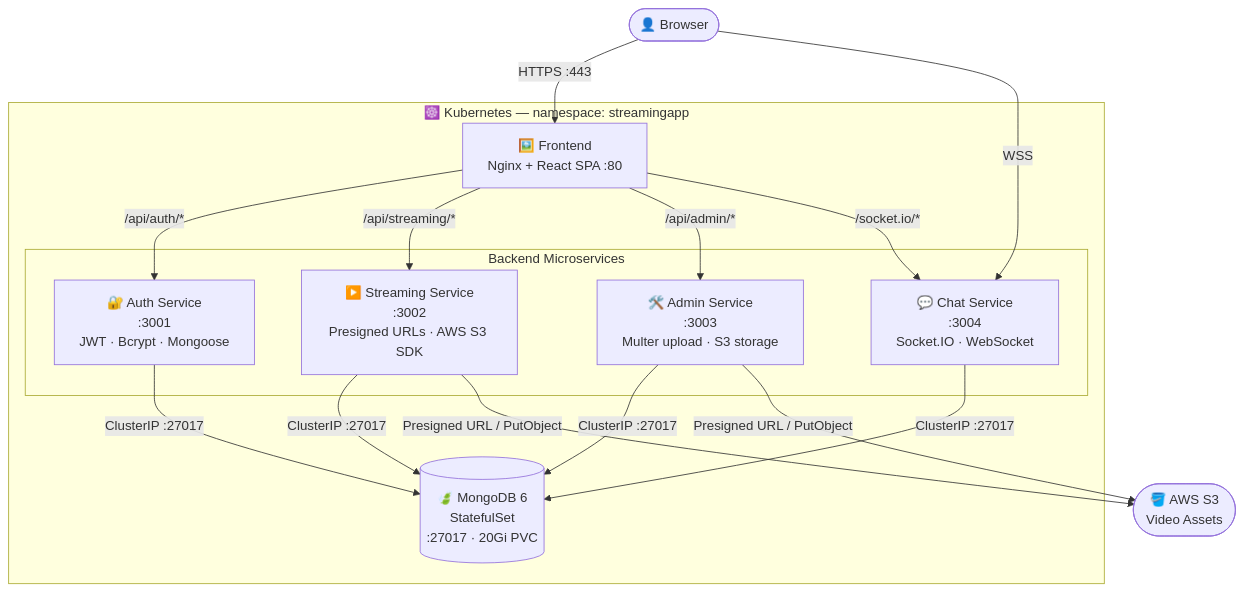
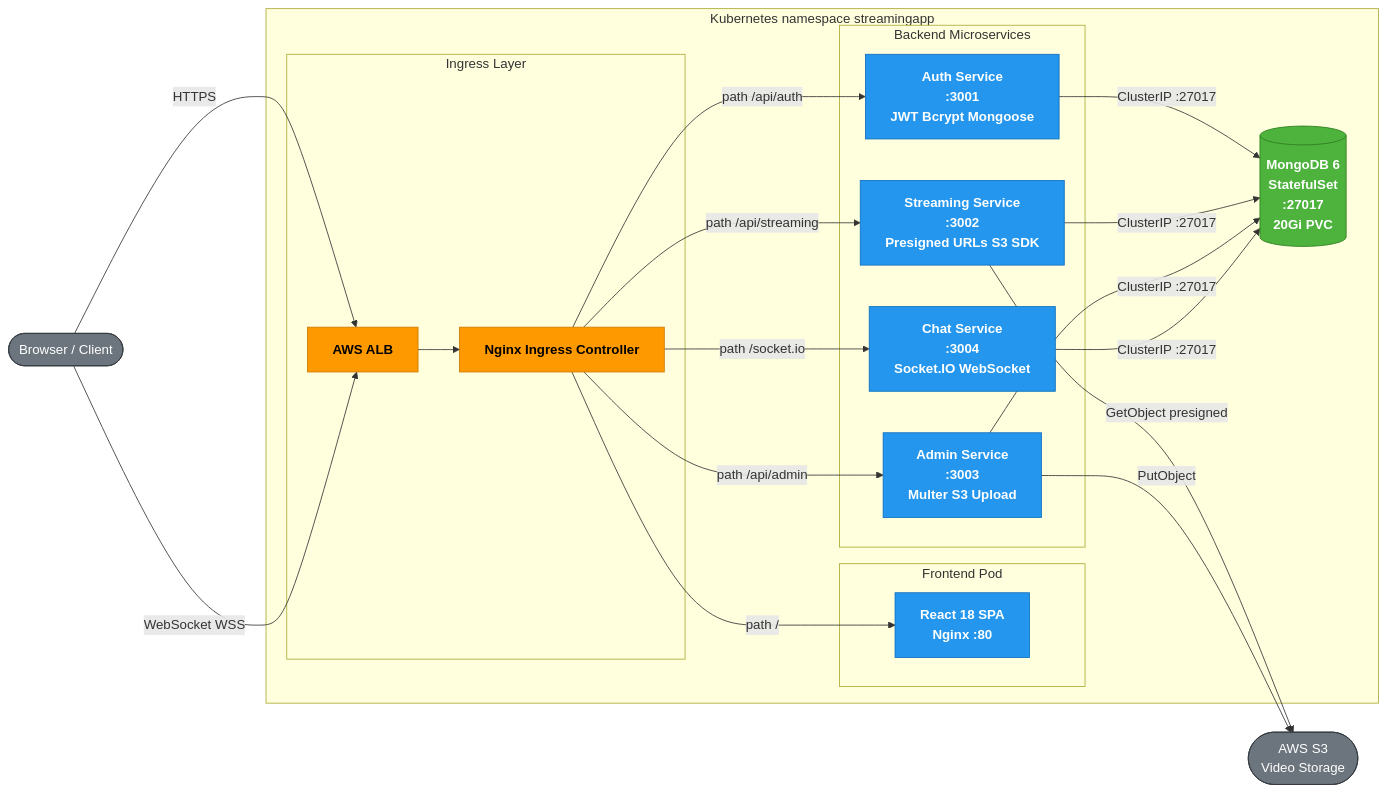
The third of 4 diagrams in README.md (ApoorvaD90/StreamingApp), drawn with Mermaid before and after one commit. The commit also changed other lines of this file, not shown here.

Commit message:
changes to read me with architecture diagram

````diff
--- a/README.md
+++ b/README.md
@@ -154,30 +188,53 @@
 ```mermaid
-graph TB
-    Browser(["👤 Browser"])
+graph LR
+    BROWSER([Browser / Client])
 
-    subgraph K8s["☸️ Kubernetes — namespace: streamingapp"]
-        Nginx["🖼️ Frontend\nNginx + React SPA :80"]
-
-        subgraph Backend["Backend Microservices"]
-            AUTH["🔐 Auth Service\n:3001\nJWT · Bcrypt · Mongoose"]
-            STREAM["▶️ Streaming Service\n:3002\nPresigned URLs · AWS S3 SDK"]
-            ADMIN["🛠️ Admin Service\n:3003\nMulter upload · S3 storage"]
-            CHAT["💬 Chat Service\n:3004\nSocket.IO · WebSocket"]
+    subgraph K8S[Kubernetes  namespace  streamingapp]
+        subgraph INGRESS_GRP[Ingress Layer]
+            ALB[AWS ALB]
+            NG[Nginx Ingress Controller]
         end
 
-        MONGO[("🍃 MongoDB 6\nStatefulSet\n:27017 · 20Gi PVC")]
+        subgraph FRONTEND[Frontend Pod]
+            FE[React 18 SPA\nNginx :80]
+        end
+
+        subgraph SERVICES[Backend Microservices]
+            AUTH[Auth Service\n:3001\nJWT  Bcrypt  Mongoose]
+            STREAM[Streaming Service\n:3002\nPresigned URLs  S3 SDK]
+            ADMIN[Admin Service\n:3003\nMulter  S3 Upload]
+            CHAT[Chat Service\n:3004\nSocket.IO  WebSocket]
+        end
+
+        MONGO[(MongoDB 6\nStatefulSet\n:27017\n20Gi PVC)]
     end
 
-    S3(["🪣 AWS S3\nVideo Assets"])
+    S3_BUCKET([AWS S3\nVideo Storage])
 
-    Browser -- "HTTPS :443" --> Nginx
-    Browser -- "WSS" --> CHAT
+    BROWSER -->|HTTPS| ALB
+    BROWSER -->|WebSocket WSS| ALB
+    ALB --> NG
+    NG -->|path  /| FE
+    NG -->|path  /api/auth| AUTH
+    NG -->|path  /api/streaming| STREAM
+    NG -->|path  /api/admin| ADMIN
+    NG -->|path  /socket.io| CHAT
 
-    Nginx -- "/api/auth/*" --> AUTH
-    Nginx -- "/api/streaming/*" --> STREAM
-    Nginx -- "/api/admin/*" --> ADMIN
-    Nginx -- "/socket.io/*" --> CHAT
+    AUTH -->|ClusterIP :27017| MONGO
+    STREAM -->|ClusterIP :27017| MONGO
+    ADMIN -->|ClusterIP :27017| MONGO
+    CHAT -->|ClusterIP :27017| MONGO
 
-    AUTH & STREAM & ADMIN & CHAT -- "ClusterIP :27017" --> MONGO
-    STREAM & ADMIN -- "Presigned URL / PutObject" --> S3
+    STREAM -->|GetObject presigned| S3_BUCKET
+    ADMIN -->|PutObject| S3_BUCKET
+
+    classDef svc fill:#2496ED,stroke:#0d6ebd,color:#fff,font-weight:bold
+    classDef db fill:#4DB33D,stroke:#2e7d1f,color:#fff,font-weight:bold
+    classDef infra fill:#FF9900,stroke:#cc7a00,color:#000,font-weight:bold
+    classDef external fill:#6c757d,stroke:#343a40,color:#fff
+
+    class AUTH,STREAM,ADMIN,CHAT,FE svc
+    class MONGO db
+    class ALB,NG infra
+    class BROWSER,S3_BUCKET external
 ```
````
